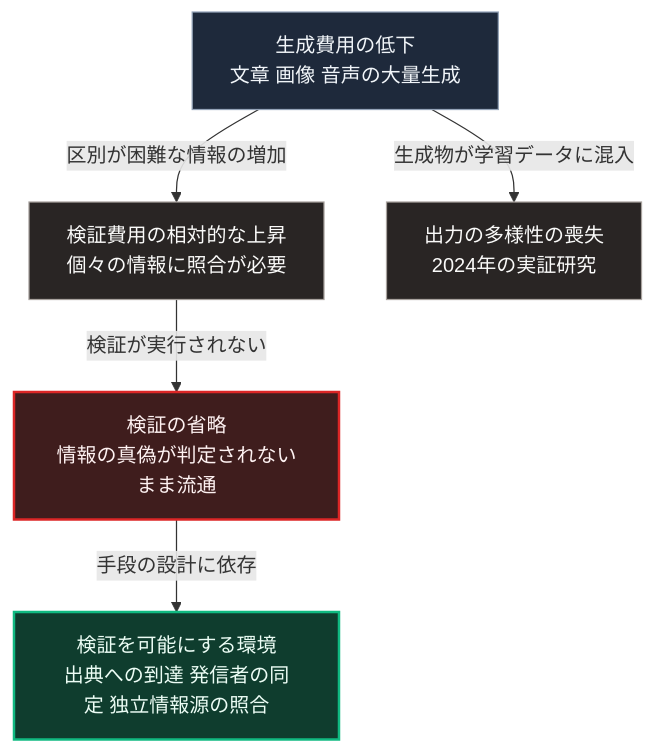
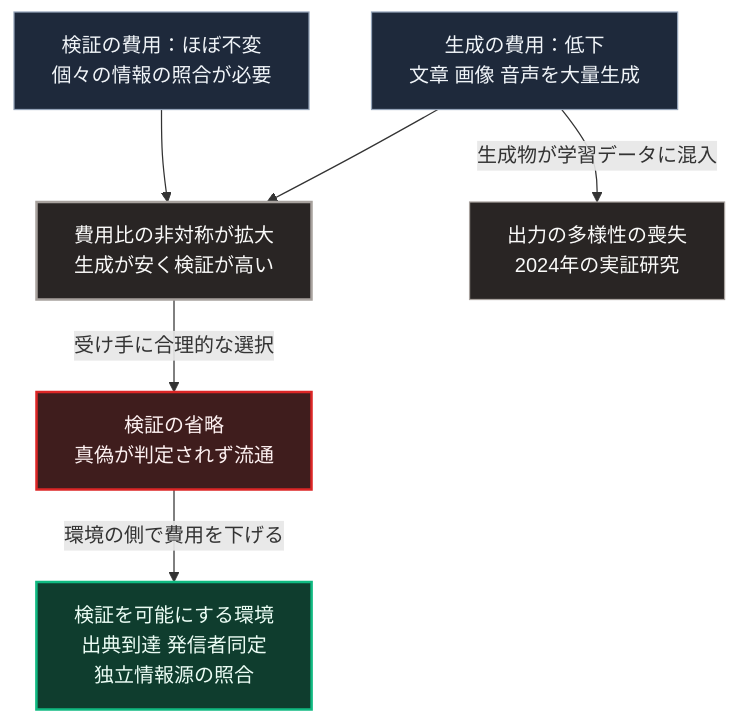
One commit to Takenori-Kusaka/zenn-content changed the diagram in books/sovereign-resilience-blueprint/29_cognitive-saturation-ai-noise.md. Above: the diagram before and after it, drawn with Mermaid. The commit also changed other lines of this file and 114 other files, not shown here.

````diff
--- a/books/sovereign-resilience-blueprint/29_cognitive-saturation-ai-noise.md
+++ b/books/sovereign-resilience-blueprint/29_cognitive-saturation-ai-noise.md
@@ -55,14 +55,17 @@
 ```mermaid
 flowchart TD
-    G[生成費用の低下<br>文章 画像 音声の大量生成]
-    G -->|区別が困難な情報の増加| V[検証費用の相対的な上昇<br>個々の情報に照合が必要]
-    V -->|検証が実行されない| L[検証の省略<br>情報の真偽が判定されないまま流通]
+    G[生成の費用：低下<br>文章 画像 音声を大量生成]
+    V[検証の費用：ほぼ不変<br>個々の情報の照合が必要]
+    G --> X[費用比の非対称が拡大<br>生成が安く検証が高い]
+    V --> X
+    X -->|受け手に合理的な選択| L[検証の省略<br>真偽が判定されず流通]
     G -->|生成物が学習データに混入| M[出力の多様性の喪失<br>2024年の実証研究]
-    L -->|手段の設計に依存| R[検証を可能にする環境<br>出典への到達 発信者の同定 独立情報源の照合]
+    L -->|環境の側で費用を下げる| R[検証を可能にする環境<br>出典到達 発信者同定<br>独立情報源の照合]
 
     style G fill:#1e293b,stroke:#94a3b8,color:#f1f5f9
-    style V fill:#292524,stroke:#a8a29e,color:#fafaf9
+    style V fill:#1e293b,stroke:#94a3b8,color:#f1f5f9
+    style X fill:#292524,stroke:#a8a29e,stroke-width:2px,color:#fafaf9
     style L fill:#3f1d1d,stroke:#dc2626,stroke-width:2px,color:#fef2f2
     style M fill:#292524,stroke:#a8a29e,color:#fafaf9
     style R fill:#0f3d2e,stroke:#10b981,stroke-width:2px,color:#ecfdf5
 ```
````
